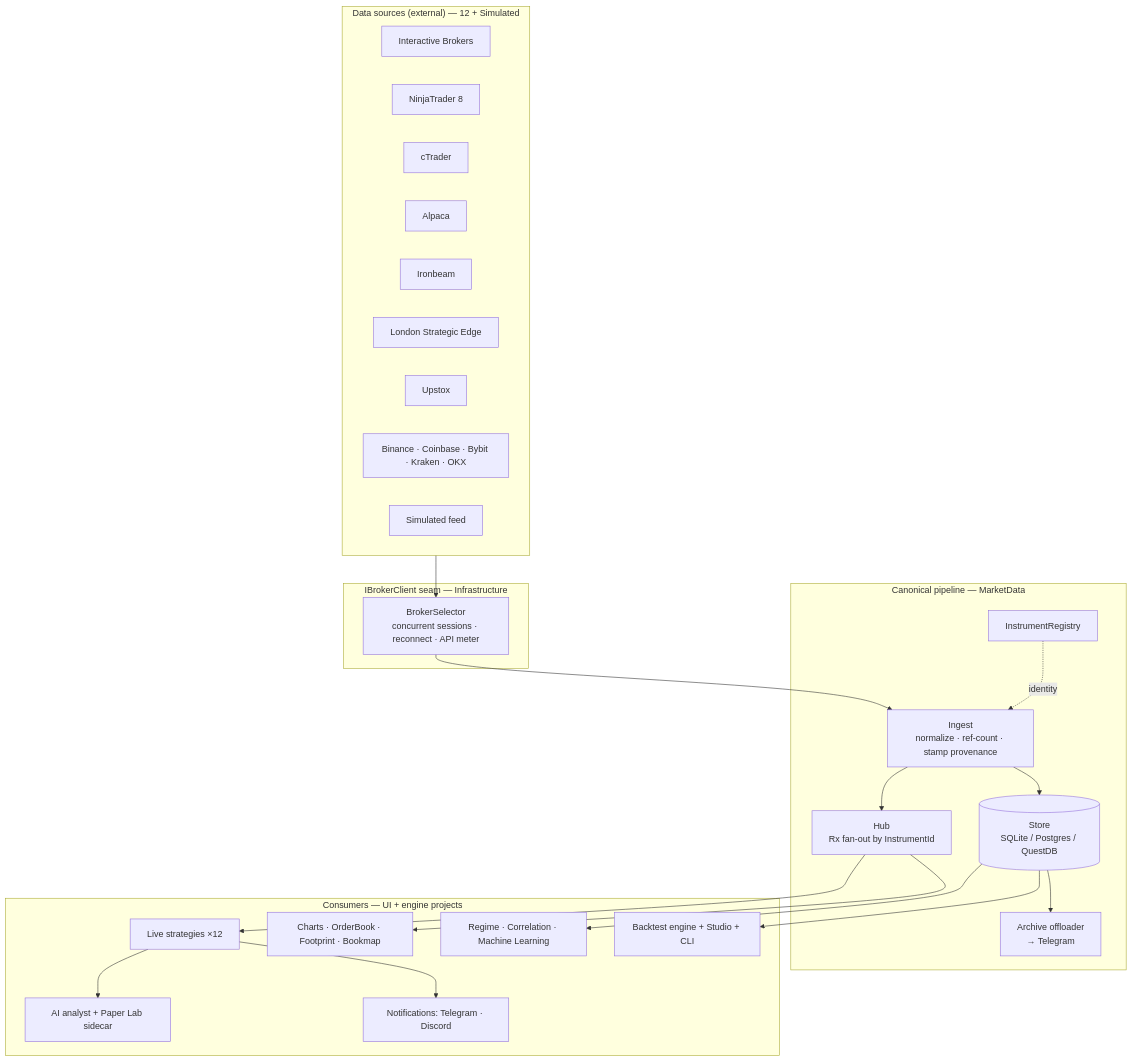
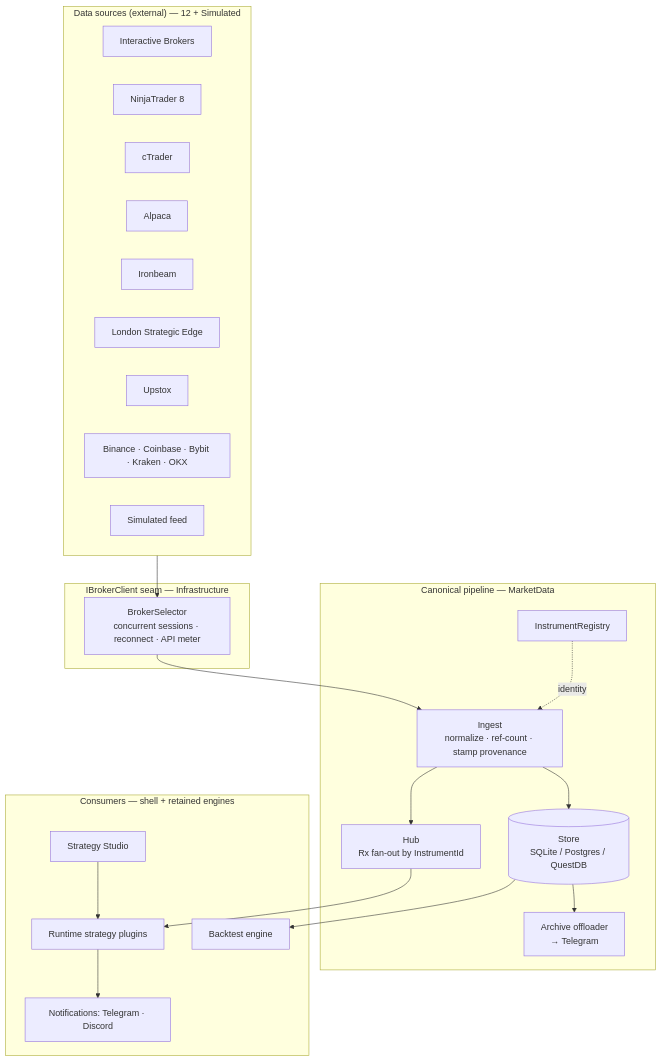
Before and after one commit to dhruuvsharma/DaxAlgo-Terminal: the first of 2 diagrams in README.md, drawn with Mermaid. The commit also changed other lines of this file and 346 other files, not shown here.

````diff
--- a/README.md
+++ b/README.md
@@ -152,47 +141,43 @@
 ```mermaid
 flowchart TB
     subgraph Brokers["Data sources (external) — 12 + Simulated"]
         IB[Interactive Brokers]
         NT[NinjaTrader 8]
         CT[cTrader]
         AL[Alpaca]
         IR[Ironbeam]
         LSE[London Strategic Edge]
         UP[Upstox]
         CR[Binance · Coinbase · Bybit · Kraken · OKX]
         SIM[Simulated feed]
     end
 
     subgraph Seam["IBrokerClient seam — Infrastructure"]
         BS[BrokerSelector<br/>concurrent sessions · reconnect · API meter]
     end
 
     subgraph Pipeline["Canonical pipeline — MarketData"]
         ING[Ingest<br/>normalize · ref-count · stamp provenance]
         HUB[Hub<br/>Rx fan-out by InstrumentId]
         STORE[(Store<br/>SQLite / Postgres / QuestDB)]
         REG[InstrumentRegistry]
         ARCH[Archive offloader<br/>→ Telegram]
     end
 
-    subgraph Consumers["Consumers — UI + engine projects"]
-        STRAT[Live strategies ×12]
-        TOOLS[Charts · OrderBook · Footprint · Bookmap]
-        REGML[Regime · Correlation · Machine Learning]
-        BT[Backtest engine + Studio + CLI]
-        AI[AI analyst + Paper Lab sidecar]
+    subgraph Consumers["Consumers — shell + retained engines"]
+        STRAT[Runtime strategy plugins]
+        BT[Backtest engine]
+        AI[Strategy Studio]
         NOTIF[Notifications: Telegram · Discord]
     end
 
     Brokers --> BS --> ING
     ING --> HUB
     ING --> STORE
     STORE --> ARCH
     REG -.identity.-> ING
     HUB --> STRAT
-    HUB --> TOOLS
-    STORE --> REGML
     STORE --> BT
     STRAT --> NOTIF
-    STRAT --> AI
+    AI --> STRAT
 ```
````
